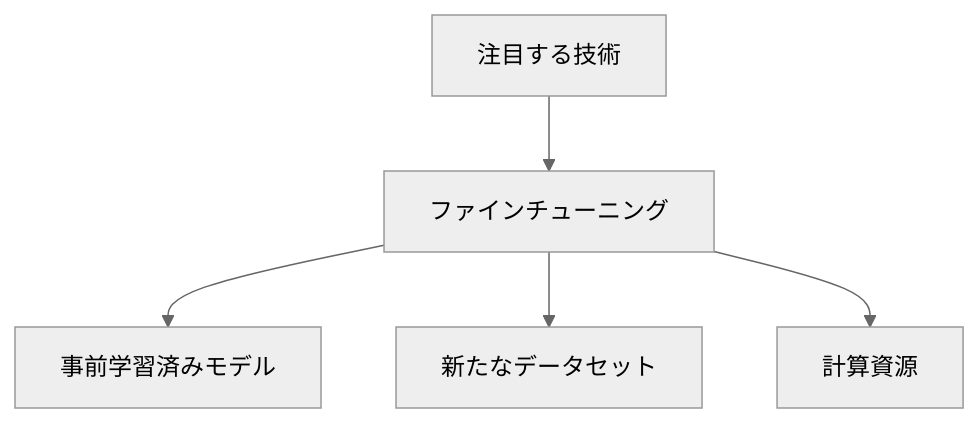
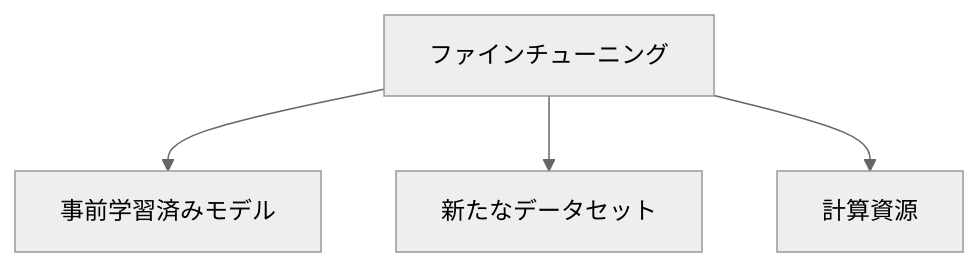
Before and after one commit to SparklingDetergent/doc_genai_Proposal_for_introducing_generative_AI_with_emphasis_on_safety: the sixth of 11 diagrams in README.md, drawn with Mermaid (neutral theme). The commit also changed other lines of this file, not shown here.

````diff
--- a/README.md
+++ b/README.md
@@ -259,7 +259,7 @@
 ```mermaid
 graph TD;
-    A[注目する技術] --> B[ファインチューニング];
+    B[ファインチューニング];
     B --> C[事前学習済みモデル];
     B --> D[新たなデータセット];
     B --> E[計算資源];
 ```
````
